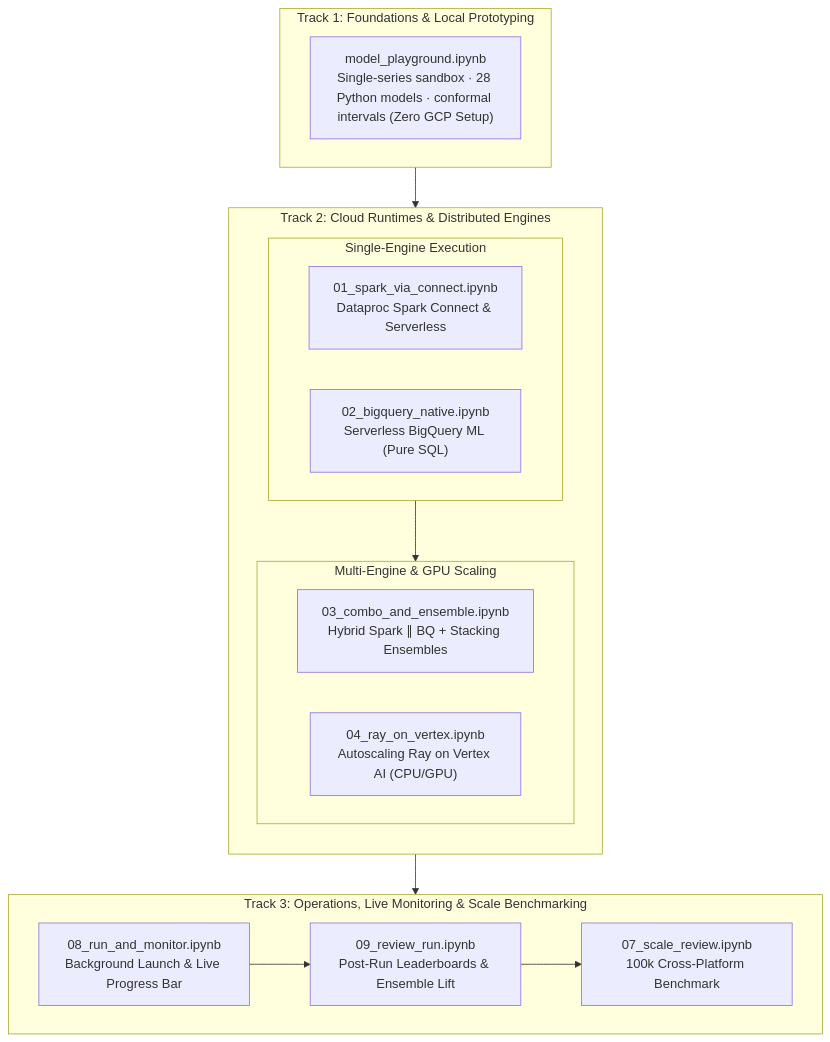
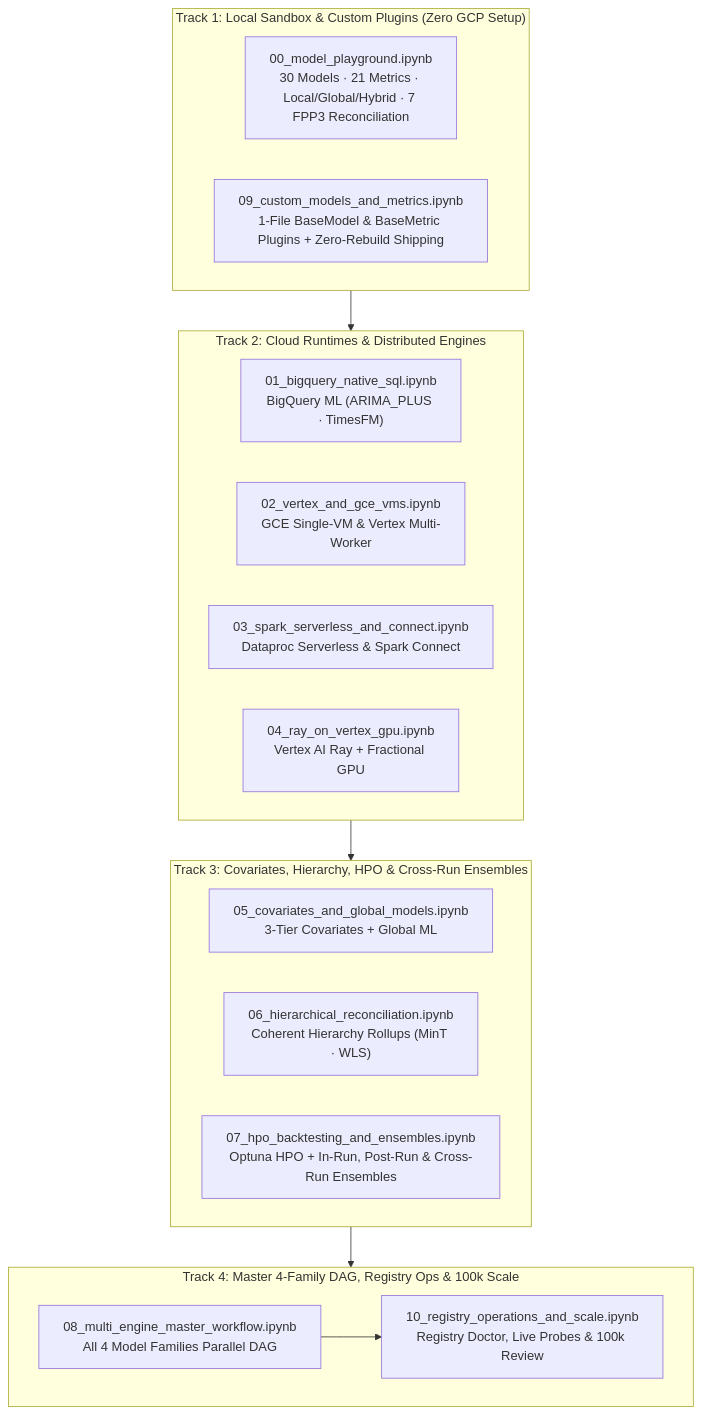
One commit to statmike/scale-forecasting changed the fifth of 6 diagrams in README.md. Above: the diagram before and after it, drawn with Mermaid. The commit also changed other lines of this file and 44 other files, not shown here.

````diff
--- a/README.md
+++ b/README.md
@@ -598,28 +598,29 @@
 ```mermaid
 flowchart TD
-    subgraph Track1["Track 1: Foundations & Local Prototyping"]
-        NB0["model_playground.ipynb<br/>Single-series sandbox · 28 Python models · conformal intervals (Zero GCP Setup)"]
+    subgraph Track1["Track 1: Local Sandbox & Custom Plugins (Zero GCP Setup)"]
+        NB00["00_model_playground.ipynb<br/>30 Models · 21 Metrics · Local/Global/Hybrid · 7 FPP3 Reconciliation"]
+        NB09["09_custom_models_and_metrics.ipynb<br/>1-File BaseModel & BaseMetric Plugins + Zero-Rebuild Shipping"]
     end
 
     subgraph Track2["Track 2: Cloud Runtimes & Distributed Engines"]
-        direction TB
-        subgraph Single["Single-Engine Execution"]
-            direction LR
-            NB1["01_spark_via_connect.ipynb<br/>Dataproc Spark Connect & Serverless"]
-            NB2["02_bigquery_native.ipynb<br/>Serverless BigQuery ML (Pure SQL)"]
-        end
-        subgraph Multi["Multi-Engine & GPU Scaling"]
-            direction LR
-            NB3["03_combo_and_ensemble.ipynb<br/>Hybrid Spark ∥ BQ + Stacking Ensembles"]
-            NB4["04_ray_on_vertex.ipynb<br/>Autoscaling Ray on Vertex AI (CPU/GPU)"]
-        end
-        Single --> Multi
+        direction LR
+        NB01["01_bigquery_native_sql.ipynb<br/>BigQuery ML (ARIMA_PLUS · TimesFM)"]
+        NB02["02_vertex_and_gce_vms.ipynb<br/>GCE Single-VM & Vertex Multi-Worker"]
+        NB03["03_spark_serverless_and_connect.ipynb<br/>Dataproc Serverless & Spark Connect"]
+        NB04["04_ray_on_vertex_gpu.ipynb<br/>Vertex AI Ray + Fractional GPU"]
     end
 
-    subgraph Track3["Track 3: Operations, Live Monitoring & Scale Benchmarking"]
+    subgraph Track3["Track 3: Covariates, Hierarchy, HPO & Cross-Run Ensembles"]
         direction LR
-        NB8["08_run_and_monitor.ipynb<br/>Background Launch & Live Progress Bar"] --> NB9["09_review_run.ipynb<br/>Post-Run Leaderboards & Ensemble Lift"] --> NB7["07_scale_review.ipynb<br/>100k Cross-Platform Benchmark"]
+        NB05["05_covariates_and_global_models.ipynb<br/>3-Tier Covariates + Global ML"]
+        NB06["06_hierarchical_reconciliation.ipynb<br/>Coherent Hierarchy Rollups (MinT · WLS)"]
+        NB07["07_hpo_backtesting_and_ensembles.ipynb<br/>Optuna HPO + In-Run, Post-Run & Cross-Run Ensembles"]
     end
 
-    Track1 --> Track2 --> Track3
+    subgraph Track4["Track 4: Master 4-Family DAG, Registry Ops & 100k Scale"]
+        direction LR
+        NB08["08_multi_engine_master_workflow.ipynb<br/>All 4 Model Families Parallel DAG"] --> NB10["10_registry_operations_and_scale.ipynb<br/>Registry Doctor, Live Probes & 100k Review"]
+    end
+
+    Track1 --> Track2 --> Track3 --> Track4
 ```
````
